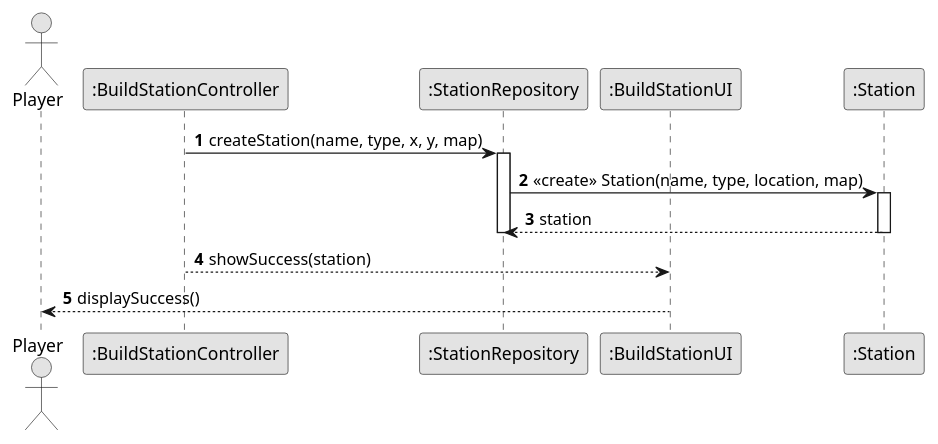
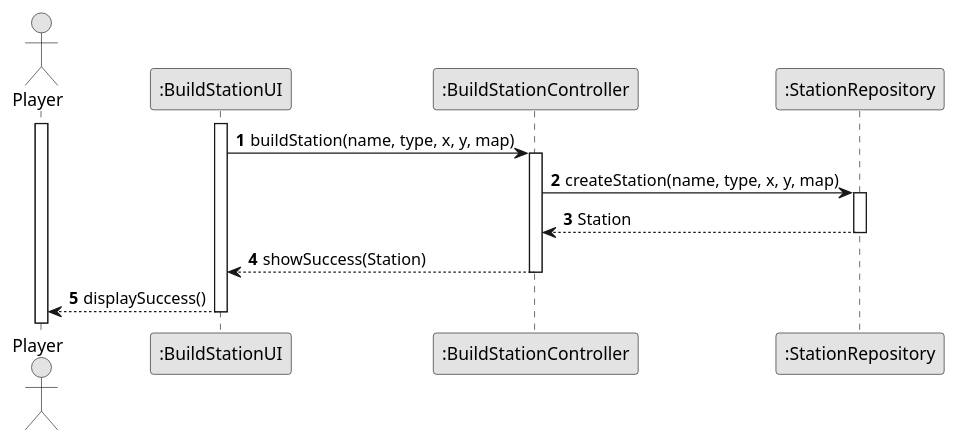
One commit to goncalolopesp/sem2-pi-24.25-g093-repo changed the diagram in docs/system-documentation/US005/03.design/puml/US005-SD-createAndSuccess.puml. Above: the diagram before and after it, drawn with PlantUML. The commit also changed 7 other files, not shown here.

```diff
--- a/docs/system-documentation/US005/03.design/puml/US005-SD-createAndSuccess.puml
+++ b/docs/system-documentation/US005/03.design/puml/US005-SD-createAndSuccess.puml
@@ -1,23 +1,27 @@
 @startuml US005-SD-createAndSuccess
 skinparam monochrome true
 skinparam packageStyle rectangle
 skinparam shadowing false
 autonumber
 
 actor "Player" as Player
+participant ":BuildStationUI" as BuildUI
 participant ":BuildStationController" as BuildController
 participant ":StationRepository" as StationRepo
-participant ":BuildStationUI" as BuildUI
-participant ":Station" as Station
+activate Player
+activate BuildUI
+
+BuildUI -> BuildController: buildStation(name, type, x, y, map)
+activate BuildController
 
 BuildController -> StationRepo: createStation(name, type, x, y, map)
 activate StationRepo
-StationRepo -> Station: «create» Station(name, type, location, map)
-activate Station
-Station --> StationRepo: station
-deactivate Station
+StationRepo --> BuildController: Station
 deactivate StationRepo
 
-BuildController --> BuildUI: showSuccess(station)
+BuildController --> BuildUI: showSuccess(Station)
+deactivate BuildController
+
 BuildUI --> Player: displaySuccess()
+deactivate BuildUI
 @enduml
```
